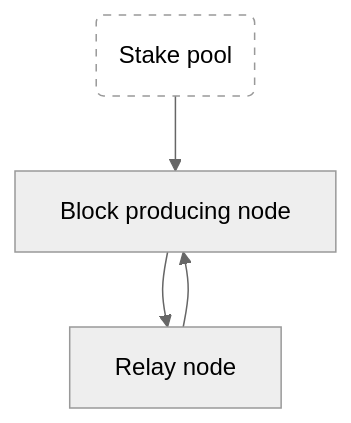
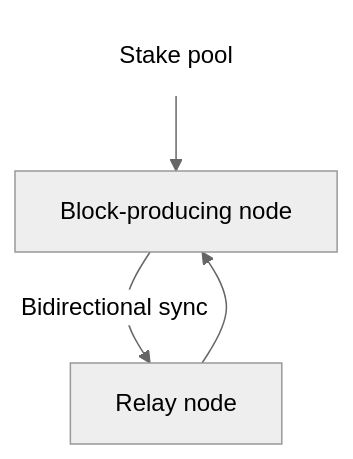
One commit to midnightntwrk/midnight-docs changed the diagram in docs/validate/run-a-validator/step-1.mdx. Above: the diagram before and after it, drawn with Mermaid (neutral theme). The commit also changed other lines of this file and 2 other files, not shown here.

````diff
--- a/docs/validate/run-a-validator/step-1.mdx
+++ b/docs/validate/run-a-validator/step-1.mdx
@@ -36,7 +43,7 @@
 ```mermaid
-graph TD;
-    BPN[Block producing node] --> RN[Relay node];
-    RN --> BPN;
-    SP(Stake pool) --> BPN;
-    style SP fill:none,stroke-dasharray: 5,5;
+graph TD
+    BP[Block-producing node] -->|Bidirectional sync| RN[Relay node]
+    RN --> BP
+    SP[Stake pool] --> BP
+    style SP fill:none,stroke:#fff,stroke-dasharray: 5 5
 ```
````
